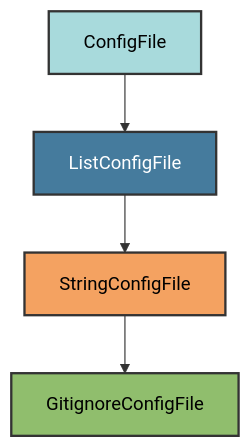
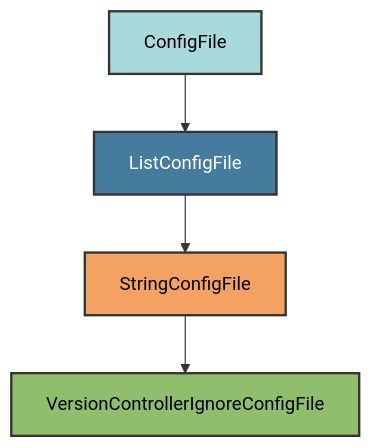
Before and after one commit to Winipedia/pyrig: the diagram in docs/configs/gitignore.md, drawn with Mermaid. The commit also changed other lines of this file and 23 other files, not shown here.

````diff
--- a/docs/configs/gitignore.md
+++ b/docs/configs/gitignore.md
@@ -17,11 +17,11 @@
 ```mermaid
 graph TD
     A[ConfigFile] --> B[ListConfigFile]
     B --> C[StringConfigFile]
-    C --> D[GitignoreConfigFile]
+    C --> D[VersionControllerIgnoreConfigFile]
 
     style A fill:#a8dadc,stroke:#333,stroke-width:2px,color:#000
     style B fill:#457b9d,stroke:#333,stroke-width:2px,color:#fff
     style C fill:#f4a261,stroke:#333,stroke-width:2px,color:#000
     style D fill:#90be6d,stroke:#333,stroke-width:2px,color:#000
 ```
````
